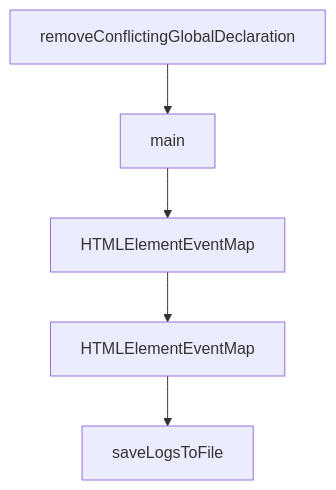
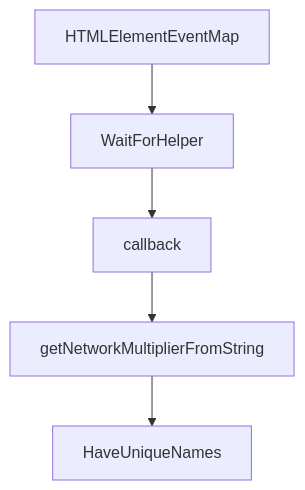
One commit to johnxie/awesome-code-docs changed the diagram in tutorials/chrome-devtools-mcp-tutorial/08-production-operations-and-privacy-governance.md. Above: the diagram before and after it, drawn with Mermaid. The commit also changed other lines of this file and 1232 other files, not shown here.

````diff
--- a/tutorials/chrome-devtools-mcp-tutorial/08-production-operations-and-privacy-governance.md
+++ b/tutorials/chrome-devtools-mcp-tutorial/08-production-operations-and-privacy-governance.md
@@ -202,12 +200,12 @@
 ```mermaid
 flowchart TD
-    A[removeConflictingGlobalDeclaration]
-    B[main]
-    C[HTMLElementEventMap]
-    D[HTMLElementEventMap]
-    E[saveLogsToFile]
+    A[HTMLElementEventMap]
+    B[WaitForHelper]
+    C[callback]
+    D[getNetworkMultiplierFromString]
+    E[HaveUniqueNames]
     A --> B
     B --> C
     C --> D
     D --> E
 ```
````
